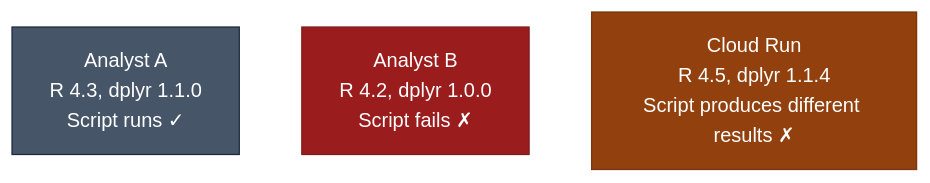
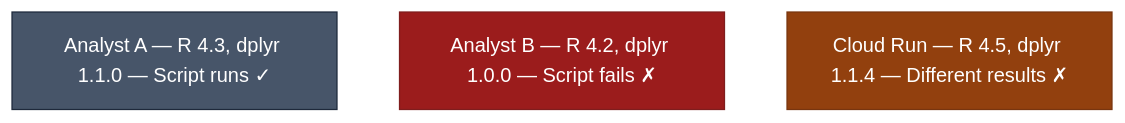
One commit to Ch3w3y/docker_gcp changed the second of 3 diagrams in docs/your-development-environment.md. Above: the diagram before and after it, drawn with Mermaid (forest theme). The commit also changed other lines of this file, not shown here.

Commit message:
fix(docs): remove literal \n from Mermaid node labels

````diff
--- a/docs/your-development-environment.md
+++ b/docs/your-development-environment.md
@@ -62,10 +62,10 @@
 ```mermaid
 flowchart TD
-    A["Analyst A\nR 4.3, dplyr 1.1.0\nScript runs ✓"]
-    B["Analyst B\nR 4.2, dplyr 1.0.0\nScript fails ✗"]
-    C["Cloud Run\nR 4.5, dplyr 1.1.4\nScript produces different results ✗"]
+    A["Analyst A — R 4.3, dplyr 1.1.0 — Script runs ✓"]
+    B["Analyst B — R 4.2, dplyr 1.0.0 — Script fails ✗"]
+    C["Cloud Run — R 4.5, dplyr 1.1.4 — Different results ✗"]
 
     style B fill:#9b1c1c,stroke:#7f1d1d,color:#ffffff
     style C fill:#92400e,stroke:#78350f,color:#ffffff
     style A fill:#475569,stroke:#1e293b,color:#ffffff
 ```
````
